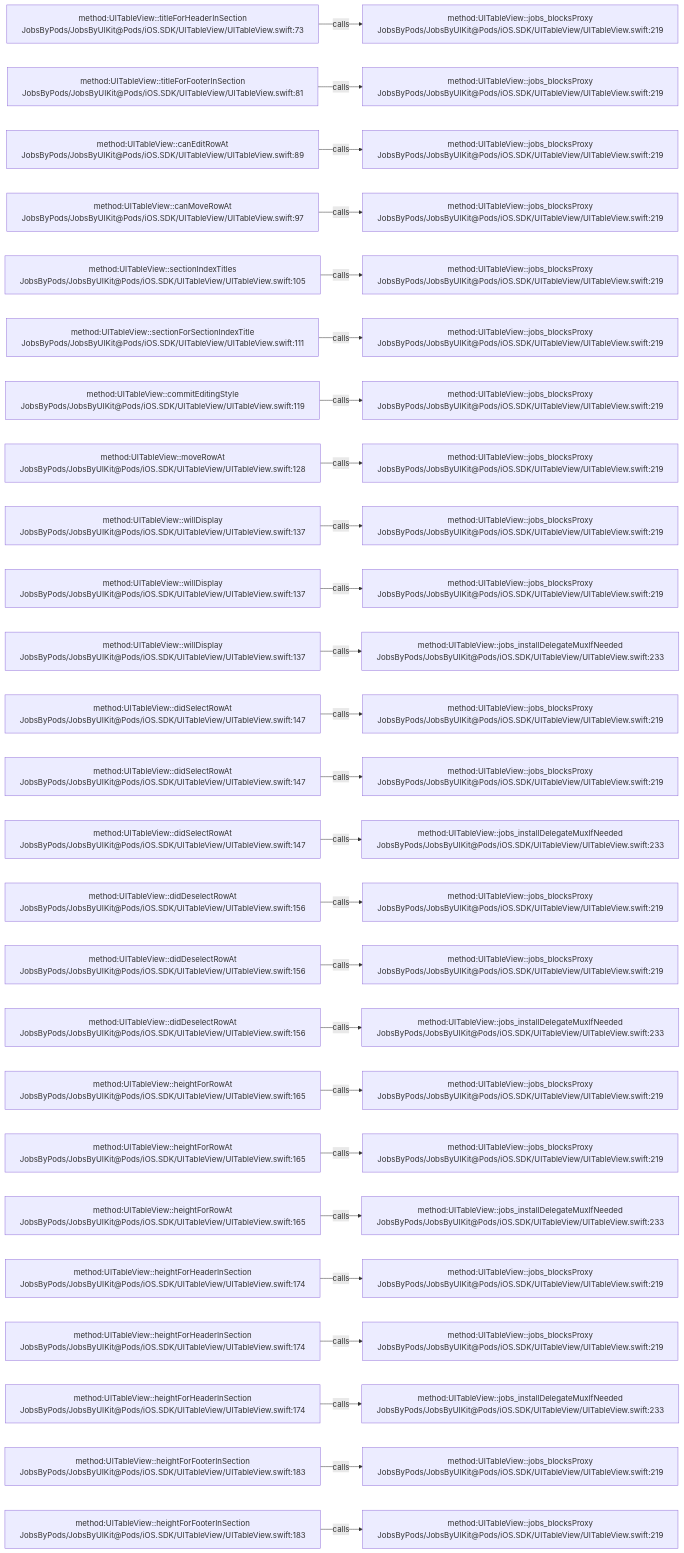
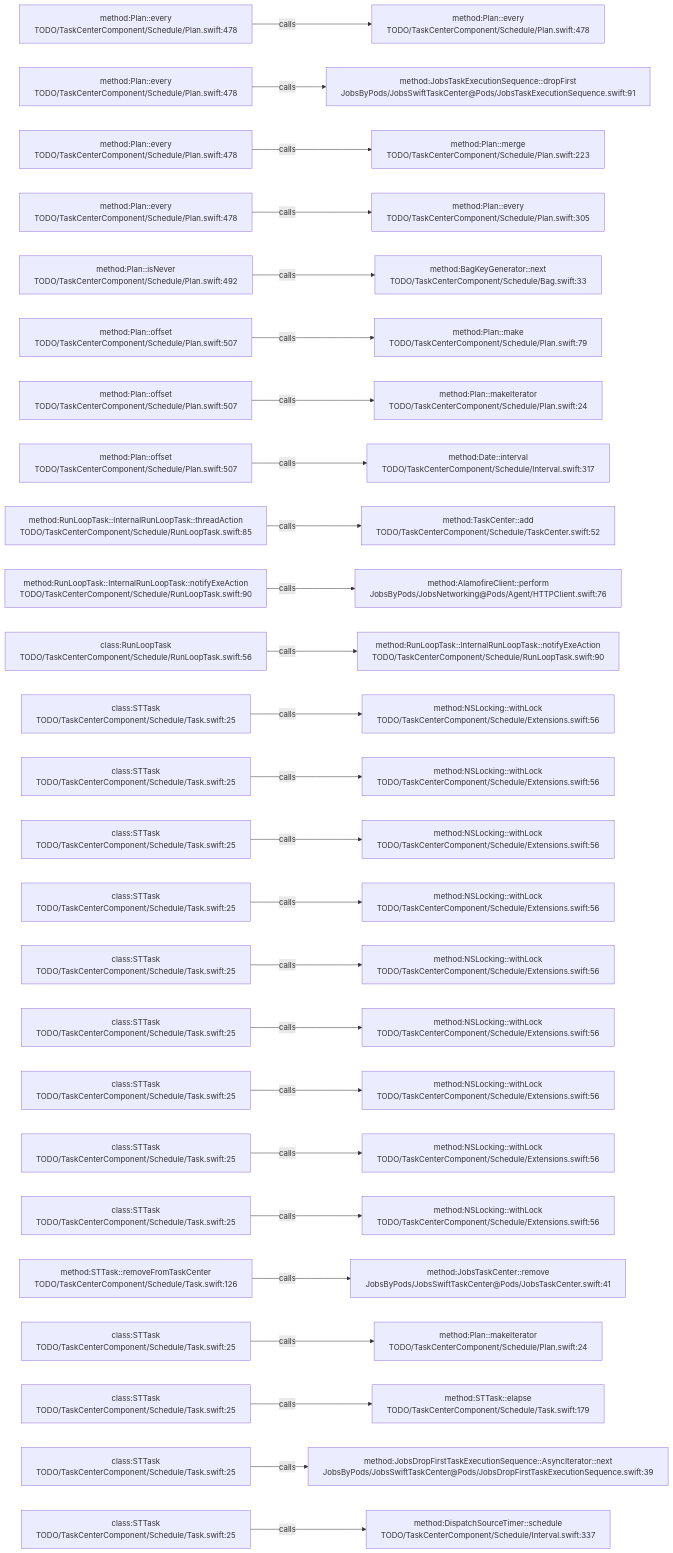
Before and after one commit to JobsKits/JobsSwiftBaseConfigDemo: the diagram in .codegraph/codegraph.md/graphs/calls-084.md, drawn with Mermaid. The commit also changed 569 other files, not shown here.

````diff
--- a/.codegraph/codegraph.md/graphs/calls-084.md
+++ b/.codegraph/codegraph.md/graphs/calls-084.md
@@ -13,78 +13,78 @@
 ```mermaid
 flowchart LR
-  S1["method:UITableView::titleForHeaderInSection<br/>JobsByPods/JobsByUIKit@Pods/iOS.SDK/UITableView/UITableView.swift:73"]
-  T1["method:UITableView::jobs_blocksProxy<br/>JobsByPods/JobsByUIKit@Pods/iOS.SDK/UITableView/UITableView.swift:219"]
+  S1["method:Plan::every<br/>TODO/TaskCenterComponent/Schedule/Plan.swift:478"]
+  T1["method:Plan::every<br/>TODO/TaskCenterComponent/Schedule/Plan.swift:478"]
   S1 -->|calls| T1
-  S2["method:UITableView::titleForFooterInSection<br/>JobsByPods/JobsByUIKit@Pods/iOS.SDK/UITableView/UITableView.swift:81"]
-  T2["method:UITableView::jobs_blocksProxy<br/>JobsByPods/JobsByUIKit@Pods/iOS.SDK/UITableView/UITableView.swift:219"]
+  S2["method:Plan::every<br/>TODO/TaskCenterComponent/Schedule/Plan.swift:478"]
+  T2["method:JobsTaskExecutionSequence::dropFirst<br/>JobsByPods/JobsSwiftTaskCenter@Pods/JobsTaskExecutionSequence.swift:91"]
   S2 -->|calls| T2
-  S3["method:UITableView::canEditRowAt<br/>JobsByPods/JobsByUIKit@Pods/iOS.SDK/UITableView/UITableView.swift:89"]
-  T3["method:UITableView::jobs_blocksProxy<br/>JobsByPods/JobsByUIKit@Pods/iOS.SDK/UITableView/UITableView.swift:219"]
+  S3["method:Plan::every<br/>TODO/TaskCenterComponent/Schedule/Plan.swift:478"]
+  T3["method:Plan::merge<br/>TODO/TaskCenterComponent/Schedule/Plan.swift:223"]
   S3 -->|calls| T3
-  S4["method:UITableView::canMoveRowAt<br/>JobsByPods/JobsByUIKit@Pods/iOS.SDK/UITableView/UITableView.swift:97"]
-  T4["method:UITableView::jobs_blocksProxy<br/>JobsByPods/JobsByUIKit@Pods/iOS.SDK/UITableView/UITableView.swift:219"]
+  S4["method:Plan::every<br/>TODO/TaskCenterComponent/Schedule/Plan.swift:478"]
+  T4["method:Plan::every<br/>TODO/TaskCenterComponent/Schedule/Plan.swift:305"]
   S4 -->|calls| T4
-  S5["method:UITableView::sectionIndexTitles<br/>JobsByPods/JobsByUIKit@Pods/iOS.SDK/UITableView/UITableView.swift:105"]
-  T5["method:UITableView::jobs_blocksProxy<br/>JobsByPods/JobsByUIKit@Pods/iOS.SDK/UITableView/UITableView.swift:219"]
+  S5["method:Plan::isNever<br/>TODO/TaskCenterComponent/Schedule/Plan.swift:492"]
+  T5["method:BagKeyGenerator::next<br/>TODO/TaskCenterComponent/Schedule/Bag.swift:33"]
   S5 -->|calls| T5
-  S6["method:UITableView::sectionForSectionIndexTitle<br/>JobsByPods/JobsByUIKit@Pods/iOS.SDK/UITableView/UITableView.swift:111"]
-  T6["method:UITableView::jobs_blocksProxy<br/>JobsByPods/JobsByUIKit@Pods/iOS.SDK/UITableView/UITableView.swift:219"]
+  S6["method:Plan::offset<br/>TODO/TaskCenterComponent/Schedule/Plan.swift:507"]
+  T6["method:Plan::make<br/>TODO/TaskCenterComponent/Schedule/Plan.swift:79"]
   S6 -->|calls| T6
-  S7["method:UITableView::commitEditingStyle<br/>JobsByPods/JobsByUIKit@Pods/iOS.SDK/UITableView/UITableView.swift:119"]
-  T7["method:UITableView::jobs_blocksProxy<br/>JobsByPods/JobsByUIKit@Pods/iOS.SDK/UITableView/UITableView.swift:219"]
+  S7["method:Plan::offset<br/>TODO/TaskCenterComponent/Schedule/Plan.swift:507"]
+  T7["method:Plan::makeIterator<br/>TODO/TaskCenterComponent/Schedule/Plan.swift:24"]
   S7 -->|calls| T7
-  S8["method:UITableView::moveRowAt<br/>JobsByPods/JobsByUIKit@Pods/iOS.SDK/UITableView/UITableView.swift:128"]
-  T8["method:UITableView::jobs_blocksProxy<br/>JobsByPods/JobsByUIKit@Pods/iOS.SDK/UITableView/UITableView.swift:219"]
+  S8["method:Plan::offset<br/>TODO/TaskCenterComponent/Schedule/Plan.swift:507"]
+  T8["method:Date::interval<br/>TODO/TaskCenterComponent/Schedule/Interval.swift:317"]
   S8 -->|calls| T8
-  S9["method:UITableView::willDisplay<br/>JobsByPods/JobsByUIKit@Pods/iOS.SDK/UITableView/UITableView.swift:137"]
-  T9["method:UITableView::jobs_blocksProxy<br/>JobsByPods/JobsByUIKit@Pods/iOS.SDK/UITableView/UITableView.swift:219"]
+  S9["method:RunLoopTask::InternalRunLoopTask::threadAction<br/>TODO/TaskCenterComponent/Schedule/RunLoopTask.swift:85"]
+  T9["method:TaskCenter::add<br/>TODO/TaskCenterComponent/Schedule/TaskCenter.swift:52"]
   S9 -->|calls| T9
-  S10["method:UITableView::willDisplay<br/>JobsByPods/JobsByUIKit@Pods/iOS.SDK/UITableView/UITableView.swift:137"]
-  T10["method:UITableView::jobs_blocksProxy<br/>JobsByPods/JobsByUIKit@Pods/iOS.SDK/UITableView/UITableView.swift:219"]
+  S10["method:RunLoopTask::InternalRunLoopTask::notifyExeAction<br/>TODO/TaskCenterComponent/Schedule/RunLoopTask.swift:90"]
+  T10["method:AlamofireClient::perform<br/>JobsByPods/JobsNetworking@Pods/Agent/HTTPClient.swift:76"]
   S10 -->|calls| T10
-  S11["method:UITableView::willDisplay<br/>JobsByPods/JobsByUIKit@Pods/iOS.SDK/UITableView/UITableView.swift:137"]
-  T11["method:UITableView::jobs_installDelegateMuxIfNeeded<br/>JobsByPods/JobsByUIKit@Pods/iOS.SDK/UITableView/UITableView.swift:233"]
+  S11["class:RunLoopTask<br/>TODO/TaskCenterComponent/Schedule/RunLoopTask.swift:56"]
+  T11["method:RunLoopTask::InternalRunLoopTask::notifyExeAction<br/>TODO/TaskCenterComponent/Schedule/RunLoopTask.swift:90"]
   S11 -->|calls| T11
-  S12["method:UITableView::didSelectRowAt<br/>JobsByPods/JobsByUIKit@Pods/iOS.SDK/UITableView/UITableView.swift:147"]
-  T12["method:UITableView::jobs_blocksProxy<br/>JobsByPods/JobsByUIKit@Pods/iOS.SDK/UITableView/UITableView.swift:219"]
+  S12["class:STTask<br/>TODO/TaskCenterComponent/Schedule/Task.swift:25"]
+  T12["method:NSLocking::withLock<br/>TODO/TaskCenterComponent/Schedule/Extensions.swift:56"]
   S12 -->|calls| T12
-  S13["method:UITableView::didSelectRowAt<br/>JobsByPods/JobsByUIKit@Pods/iOS.SDK/UITableView/UITableView.swift:147"]
-  T13["method:UITableView::jobs_blocksProxy<br/>JobsByPods/JobsByUIKit@Pods/iOS.SDK/UITableView/UITableView.swift:219"]
+  S13["class:STTask<br/>TODO/TaskCenterComponent/Schedule/Task.swift:25"]
+  T13["method:NSLocking::withLock<br/>TODO/TaskCenterComponent/Schedule/Extensions.swift:56"]
   S13 -->|calls| T13
-  S14["method:UITableView::didSelectRowAt<br/>JobsByPods/JobsByUIKit@Pods/iOS.SDK/UITableView/UITableView.swift:147"]
-  T14["method:UITableView::jobs_installDelegateMuxIfNeeded<br/>JobsByPods/JobsByUIKit@Pods/iOS.SDK/UITableView/UITableView.swift:233"]
+  S14["class:STTask<br/>TODO/TaskCenterComponent/Schedule/Task.swift:25"]
+  T14["method:NSLocking::withLock<br/>TODO/TaskCenterComponent/Schedule/Extensions.swift:56"]
   S14 -->|calls| T14
-  S15["method:UITableView::didDeselectRowAt<br/>JobsByPods/JobsByUIKit@Pods/iOS.SDK/UITableView/UITableView.swift:156"]
-  T15["method:UITableView::jobs_blocksProxy<br/>JobsByPods/JobsByUIKit@Pods/iOS.SDK/UITableView/UITableView.swift:219"]
+  S15["class:STTask<br/>TODO/TaskCenterComponent/Schedule/Task.swift:25"]
+  T15["method:NSLocking::withLock<br/>TODO/TaskCenterComponent/Schedule/Extensions.swift:56"]
   S15 -->|calls| T15
-  S16["method:UITableView::didDeselectRowAt<br/>JobsByPods/JobsByUIKit@Pods/iOS.SDK/UITableView/UITableView.swift:156"]
-  T16["method:UITableView::jobs_blocksProxy<br/>JobsByPods/JobsByUIKit@Pods/iOS.SDK/UITableView/UITableView.swift:219"]
+  S16["class:STTask<br/>TODO/TaskCenterComponent/Schedule/Task.swift:25"]
+  T16["method:NSLocking::withLock<br/>TODO/TaskCenterComponent/Schedule/Extensions.swift:56"]
   S16 -->|calls| T16
-  S17["method:UITableView::didDeselectRowAt<br/>JobsByPods/JobsByUIKit@Pods/iOS.SDK/UITableView/UITableView.swift:156"]
-  T17["method:UITableView::jobs_installDelegateMuxIfNeeded<br/>JobsByPods/JobsByUIKit@Pods/iOS.SDK/UITableView/UITableView.swift:233"]
+  S17["class:STTask<br/>TODO/TaskCenterComponent/Schedule/Task.swift:25"]
+  T17["method:NSLocking::withLock<br/>TODO/TaskCenterComponent/Schedule/Extensions.swift:56"]
   S17 -->|calls| T17
-  S18["method:UITableView::heightForRowAt<br/>JobsByPods/JobsByUIKit@Pods/iOS.SDK/UITableView/UITableView.swift:165"]
-  T18["method:UITableView::jobs_blocksProxy<br/>JobsByPods/JobsByUIKit@Pods/iOS.SDK/UITableView/UITableView.swift:219"]
+  S18["class:STTask<br/>TODO/TaskCenterComponent/Schedule/Task.swift:25"]
+  T18["method:NSLocking::withLock<br/>TODO/TaskCenterComponent/Schedule/Extensions.swift:56"]
   S18 -->|calls| T18
-  S19["method:UITableView::heightForRowAt<br/>JobsByPods/JobsByUIKit@Pods/iOS.SDK/UITableView/UITableView.swift:165"]
-  T19["method:UITableView::jobs_blocksProxy<br/>JobsByPods/JobsByUIKit@Pods/iOS.SDK/UITableView/UITableView.swift:219"]
+  S19["class:STTask<br/>TODO/TaskCenterComponent/Schedule/Task.swift:25"]
+  T19["method:NSLocking::withLock<br/>TODO/TaskCenterComponent/Schedule/Extensions.swift:56"]
   S19 -->|calls| T19
-  S20["method:UITableView::heightForRowAt<br/>JobsByPods/JobsByUIKit@Pods/iOS.SDK/UITableView/UITableView.swift:165"]
-  T20["method:UITableView::jobs_installDelegateMuxIfNeeded<br/>JobsByPods/JobsByUIKit@Pods/iOS.SDK/UITableView/UITableView.swift:233"]
+  S20["class:STTask<br/>TODO/TaskCenterComponent/Schedule/Task.swift:25"]
+  T20["method:NSLocking::withLock<br/>TODO/TaskCenterComponent/Schedule/Extensions.swift:56"]
   S20 -->|calls| T20
-  S21["method:UITableView::heightForHeaderInSection<br/>JobsByPods/JobsByUIKit@Pods/iOS.SDK/UITableView/UITableView.swift:174"]
-  T21["method:UITableView::jobs_blocksProxy<br/>JobsByPods/JobsByUIKit@Pods/iOS.SDK/UITableView/UITableView.swift:219"]
+  S21["method:STTask::removeFromTaskCenter<br/>TODO/TaskCenterComponent/Schedule/Task.swift:126"]
+  T21["method:JobsTaskCenter::remove<br/>JobsByPods/JobsSwiftTaskCenter@Pods/JobsTaskCenter.swift:41"]
   S21 -->|calls| T21
-  S22["method:UITableView::heightForHeaderInSection<br/>JobsByPods/JobsByUIKit@Pods/iOS.SDK/UITableView/UITableView.swift:174"]
-  T22["method:UITableView::jobs_blocksProxy<br/>JobsByPods/JobsByUIKit@Pods/iOS.SDK/UITableView/UITableView.swift:219"]
+  S22["class:STTask<br/>TODO/TaskCenterComponent/Schedule/Task.swift:25"]
+  T22["method:Plan::makeIterator<br/>TODO/TaskCenterComponent/Schedule/Plan.swift:24"]
   S22 -->|calls| T22
-  S23["method:UITableView::heightForHeaderInSection<br/>JobsByPods/JobsByUIKit@Pods/iOS.SDK/UITableView/UITableView.swift:174"]
-  T23["method:UITableView::jobs_installDelegateMuxIfNeeded<br/>JobsByPods/JobsByUIKit@Pods/iOS.SDK/UITableView/UITableView.swift:233"]
+  S23["class:STTask<br/>TODO/TaskCenterComponent/Schedule/Task.swift:25"]
+  T23["method:STTask::elapse<br/>TODO/TaskCenterComponent/Schedule/Task.swift:179"]
   S23 -->|calls| T23
-  S24["method:UITableView::heightForFooterInSection<br/>JobsByPods/JobsByUIKit@Pods/iOS.SDK/UITableView/UITableView.swift:183"]
-  T24["method:UITableView::jobs_blocksProxy<br/>JobsByPods/JobsByUIKit@Pods/iOS.SDK/UITableView/UITableView.swift:219"]
+  S24["class:STTask<br/>TODO/TaskCenterComponent/Schedule/Task.swift:25"]
+  T24["method:JobsDropFirstTaskExecutionSequence::AsyncIterator::next<br/>JobsByPods/JobsSwiftTaskCenter@Pods/JobsDropFirstTaskExecutionSequence.swift:39"]
   S24 -->|calls| T24
-  S25["method:UITableView::heightForFooterInSection<br/>JobsByPods/JobsByUIKit@Pods/iOS.SDK/UITableView/UITableView.swift:183"]
-  T25["method:UITableView::jobs_blocksProxy<br/>JobsByPods/JobsByUIKit@Pods/iOS.SDK/UITableView/UITableView.swift:219"]
+  S25["class:STTask<br/>TODO/TaskCenterComponent/Schedule/Task.swift:25"]
+  T25["method:DispatchSourceTimer::schedule<br/>TODO/TaskCenterComponent/Schedule/Interval.swift:337"]
   S25 -->|calls| T25
 ```
````
